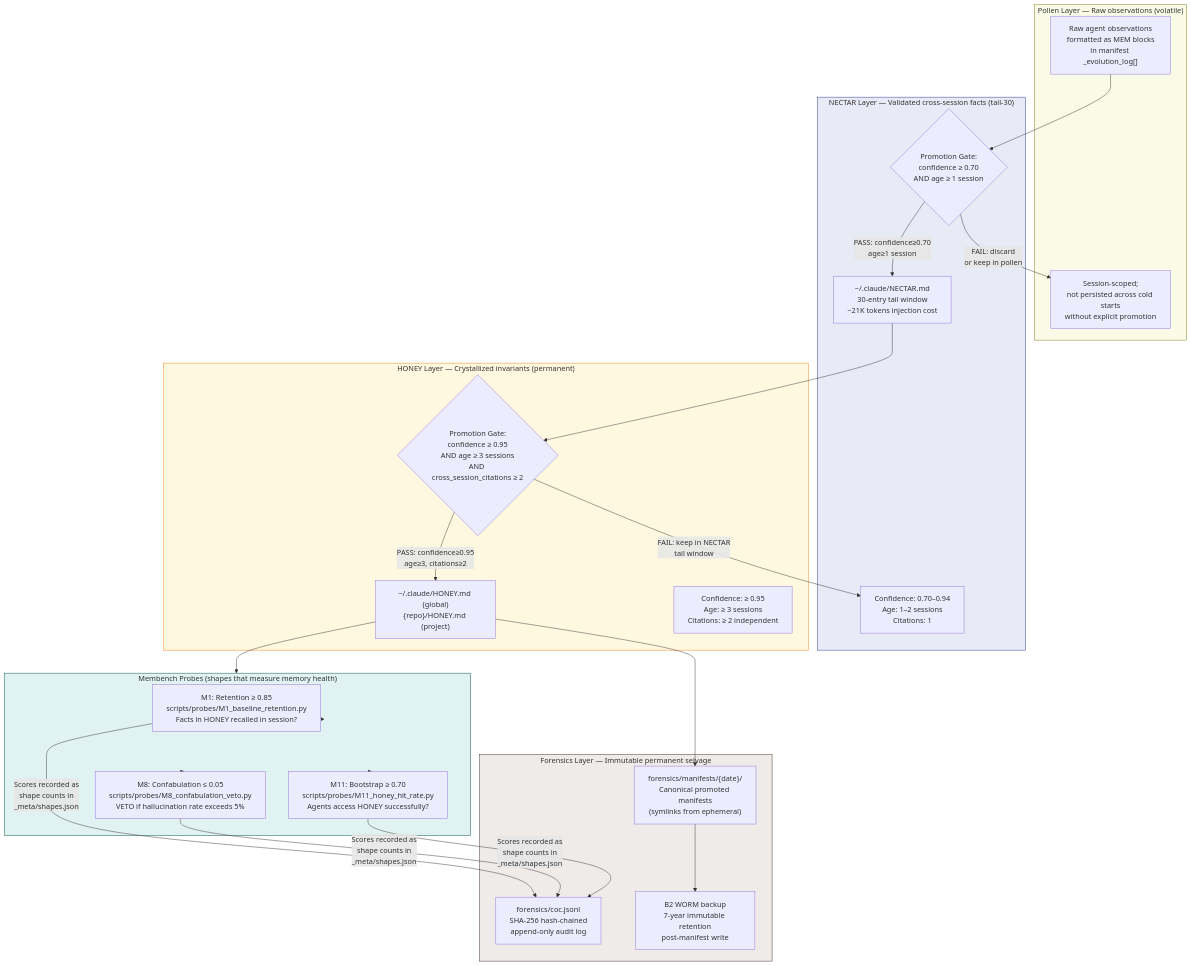
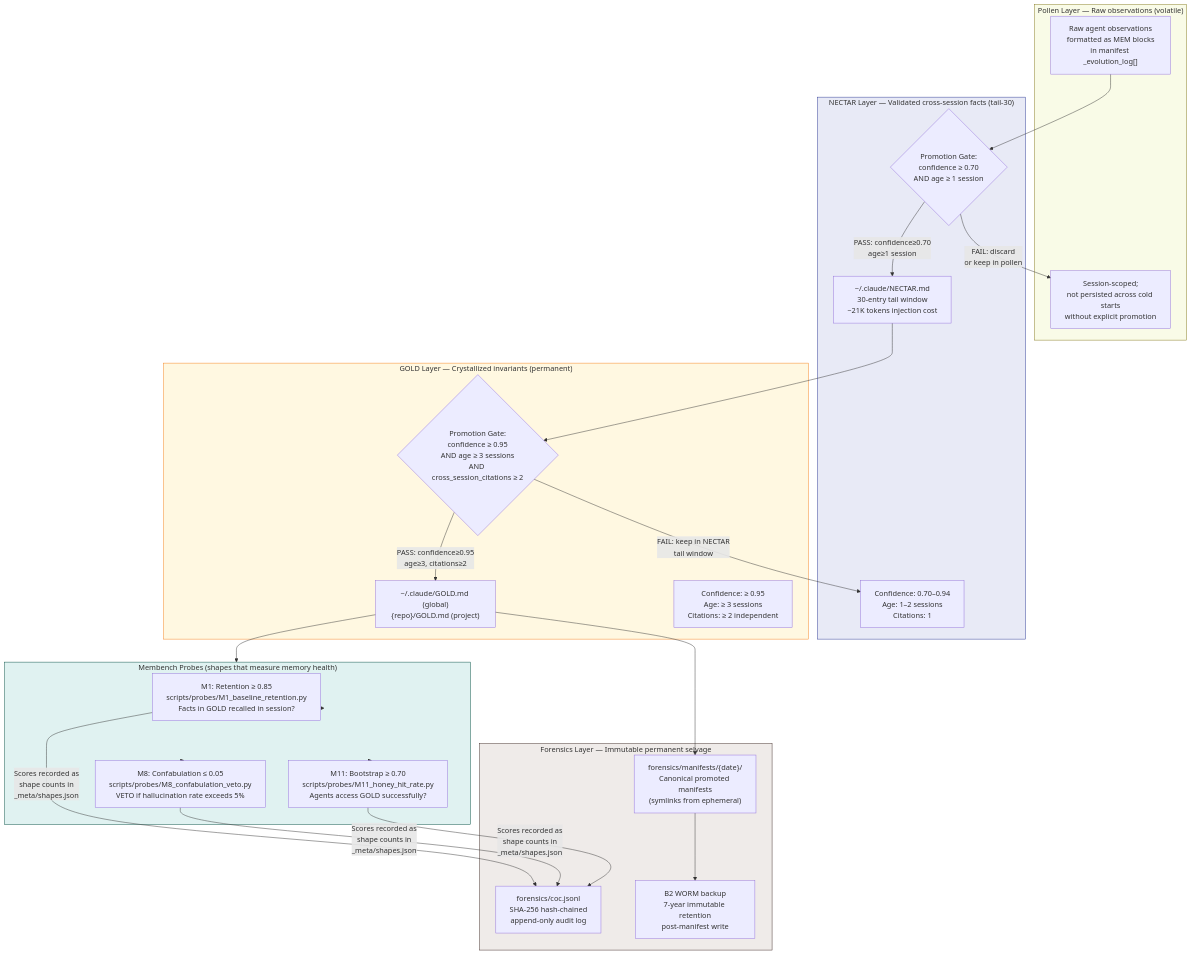
One commit to goodoleusa/faerie-vault-bkp changed the second of 4 diagrams in 00-Patent/PATENT-APPLICATION-DRAFT.md. Above: the diagram before and after it, drawn with Mermaid. The commit also changed other lines of this file and 8 other files, not shown here.

````diff
--- a/00-Patent/PATENT-APPLICATION-DRAFT.md
+++ b/00-Patent/PATENT-APPLICATION-DRAFT.md
@@ -177,49 +177,49 @@
 ```mermaid
 flowchart TD
     subgraph POLLEN["Pollen Layer — Raw observations (volatile)"]
         P1["Raw agent observations\nformatted as MEM blocks\nin manifest _evolution_log[]"]
         P2["Session-scoped;\nnot persisted across cold starts\nwithout explicit promotion"]
     end
 
     subgraph NECTAR["NECTAR Layer — Validated cross-session facts (tail-30)"]
         N1["~/.claude/NECTAR.md\n30-entry tail window\n~21K tokens injection cost"]
         N2["Confidence: 0.70–0.94\nAge: 1–2 sessions\nCitations: 1"]
         NGATE{"Promotion Gate:\nconfidence ≥ 0.70\nAND age ≥ 1 session"}
     end
 
-    subgraph HONEY["HONEY Layer — Crystallized invariants (permanent)"]
-        H1["~/.claude/HONEY.md (global)\n{repo}/HONEY.md (project)"]
+    subgraph GOLD["GOLD Layer — Crystallized invariants (permanent)"]
+        H1["~/.claude/GOLD.md (global)\n{repo}/GOLD.md (project)"]
         H2["Confidence: ≥ 0.95\nAge: ≥ 3 sessions\nCitations: ≥ 2 independent"]
         HGATE{"Promotion Gate:\nconfidence ≥ 0.95\nAND age ≥ 3 sessions\nAND cross_session_citations ≥ 2"}
     end
 
     subgraph FORENSICS["Forensics Layer — Immutable permanent selvage"]
         F1["forensics/coc.jsonl\nSHA-256 hash-chained\nappend-only audit log"]
         F2["forensics/manifests/{date}/\nCanonical promoted manifests\n(symlinks from ephemeral)"]
         F3["B2 WORM backup\n7-year immutable retention\npost-manifest write"]
     end
 
     subgraph MEMBENCH["Membench Probes (shapes that measure memory health)"]
-        M1["M1: Retention ≥ 0.85\nscripts/probes/M1_baseline_retention.py\nFacts in HONEY recalled in session?"]
+        M1["M1: Retention ≥ 0.85\nscripts/probes/M1_baseline_retention.py\nFacts in GOLD recalled in session?"]
         M8["M8: Confabulation ≤ 0.05\nscripts/probes/M8_confabulation_veto.py\nVETO if hallucination rate exceeds 5%"]
-        M11["M11: Bootstrap ≥ 0.70\nscripts/probes/M11_honey_hit_rate.py\nAgents access HONEY successfully?"]
+        M11["M11: Bootstrap ≥ 0.70\nscripts/probes/M11_honey_hit_rate.py\nAgents access GOLD successfully?"]
     end
 
     P1 --> NGATE
     NGATE -->|"PASS: confidence≥0.70\nage≥1 session"| N1
     NGATE -->|"FAIL: discard\nor keep in pollen"| P2
     N1 --> HGATE
     HGATE -->|"PASS: confidence≥0.95\nage≥3, citations≥2"| H1
     HGATE -->|"FAIL: keep in NECTAR\ntail window"| N2
     H1 --> MEMBENCH
     MEMBENCH --> M1 & M8 & M11
     M1 & M8 & M11 -->|"Scores recorded as\nshape counts in\n_meta/shapes.json"| F1
     H1 --> F2
     F2 --> F3
 
     style POLLEN fill:#f9fbe7,stroke:#827717
     style NECTAR fill:#e8eaf6,stroke:#283593
-    style HONEY fill:#fff8e1,stroke:#f57f17
+    style GOLD fill:#fff8e1,stroke:#f57f17
     style FORENSICS fill:#efebe9,stroke:#3e2723
     style MEMBENCH fill:#e0f2f1,stroke:#004d40
 ```
````
